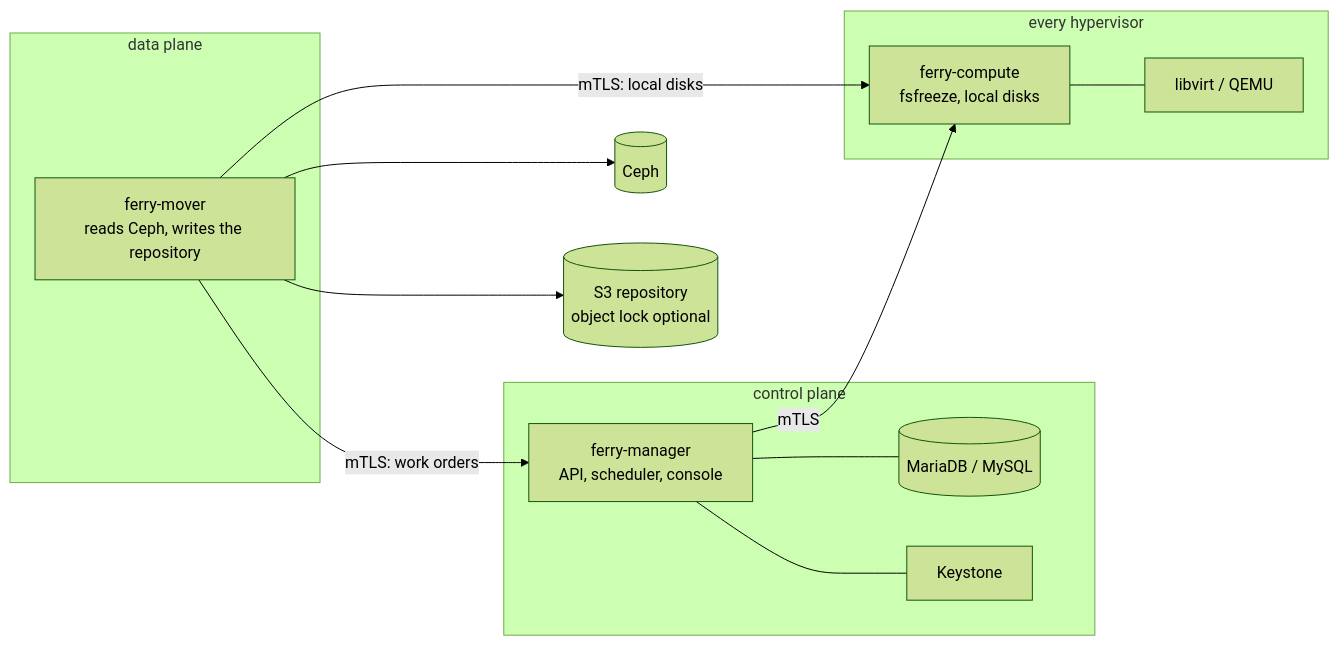
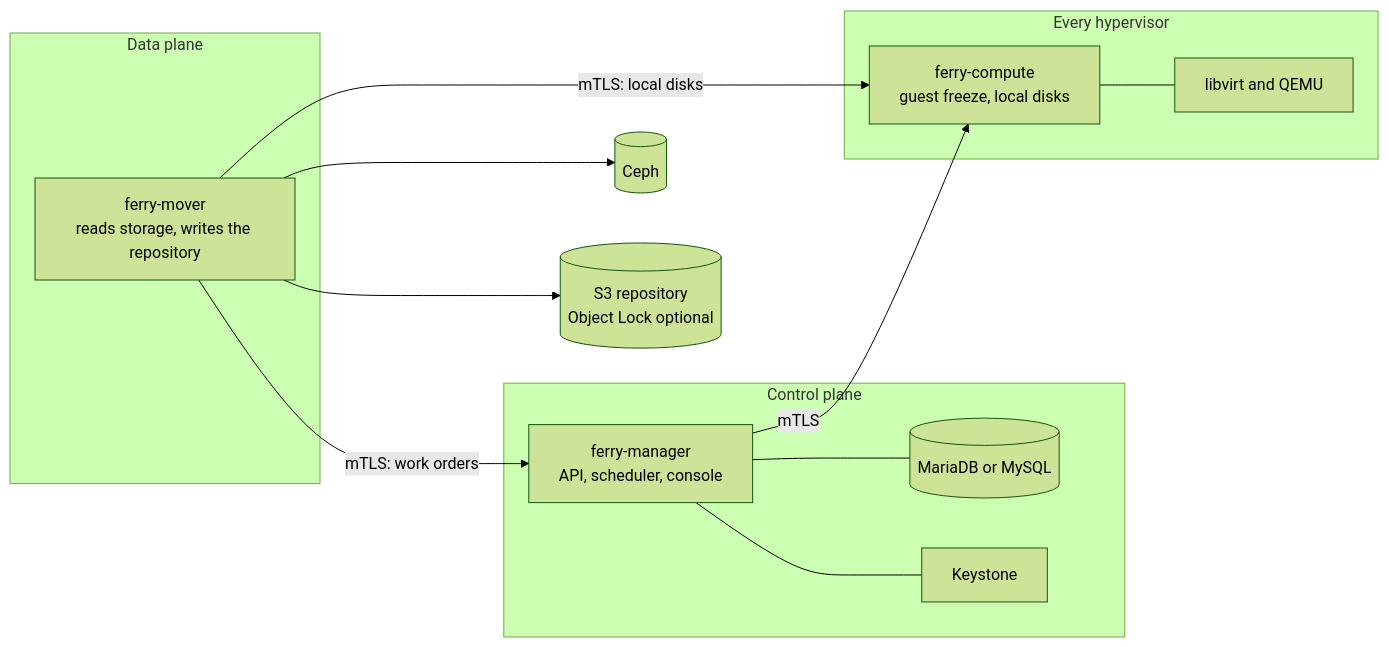
The diagram in README.md (osie/ferry-backup), drawn with Mermaid (forest theme) before and after one commit. The commit also changed other lines of this file and 14 other files, not shown here.

````diff
--- a/README.md
+++ b/README.md
@@ -32,26 +145,26 @@
 ```mermaid
 flowchart LR
-    subgraph control["control plane"]
+    subgraph control["Control plane"]
         manager["ferry-manager<br/>API, scheduler, console"]
-        db[("MariaDB / MySQL")]
+        db[("MariaDB or MySQL")]
         keystone["Keystone"]
     end
-    subgraph data["data plane"]
-        mover["ferry-mover<br/>reads Ceph, writes the repository"]
+    subgraph data["Data plane"]
+        mover["ferry-mover<br/>reads storage, writes the repository"]
     end
-    subgraph hv["every hypervisor"]
-        compute["ferry-compute<br/>fsfreeze, local disks"]
-        libvirt["libvirt / QEMU"]
+    subgraph hv["Every hypervisor"]
+        compute["ferry-compute<br/>guest freeze, local disks"]
+        libvirt["libvirt and QEMU"]
     end
     ceph[("Ceph")]
-    repo[("S3 repository<br/>object lock optional")]
+    repo[("S3 repository<br/>Object Lock optional")]
 
     manager --- db
     manager --- keystone
     mover -- "mTLS: work orders" --> manager
     manager -- "mTLS" --> compute
     mover -- "mTLS: local disks" --> compute
     compute --- libvirt
     mover --> ceph
     mover --> repo
 ```
````
